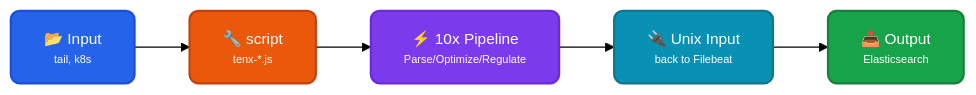
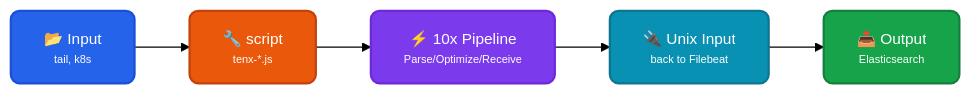
The diagram in pipelines/run/modules/input/forwarder/filebeat/doc.md (log-10x/modules), drawn with Mermaid (forest theme) before and after one commit. The commit also changed other lines of this file and 181 other files, not shown here.

````diff
--- a/pipelines/run/modules/input/forwarder/filebeat/doc.md
+++ b/pipelines/run/modules/input/forwarder/filebeat/doc.md
@@ -11,19 +11,19 @@
 ```mermaid
 graph LR
     A["<div style='font-size: 14px;'>📂 Input</div><div style='font-size: 10px;'>tail, k8s</div>"] --> B["<div style='font-size: 14px;'>🔧 script</div><div style='font-size: 10px;'>tenx-*.js</div>"]
-    B --> C["<div style='font-size: 14px;'>⚡ 10x Pipeline</div><div style='font-size: 10px;'>Parse/Optimize/Regulate</div>"]
+    B --> C["<div style='font-size: 14px;'>⚡ 10x Pipeline</div><div style='font-size: 10px;'>Parse/Optimize/Receive</div>"]
     C --> D["<div style='font-size: 14px;'>🔌 Unix Input</div><div style='font-size: 10px;'>back to Filebeat</div>"]
     D --> E["<div style='font-size: 14px;'>📤 Output</div><div style='font-size: 10px;'>Elasticsearch</div>"]
 
     classDef input fill:#2563eb,stroke:#1d4ed8,color:#ffffff,stroke-width:2px,rx:8,ry:8
     classDef script fill:#ea580c,stroke:#c2410c,color:#ffffff,stroke-width:2px,rx:8,ry:8
     classDef engine fill:#7c3aed,stroke:#6d28d9,color:#ffffff,stroke-width:2px,rx:8,ry:8
     classDef socket fill:#0891b2,stroke:#0e7490,color:#ffffff,stroke-width:2px,rx:8,ry:8
     classDef output fill:#16a34a,stroke:#15803d,color:#ffffff,stroke-width:2px,rx:8,ry:8
 
     class A input
     class B script
     class C engine
     class D socket
     class E output
 ```
````
